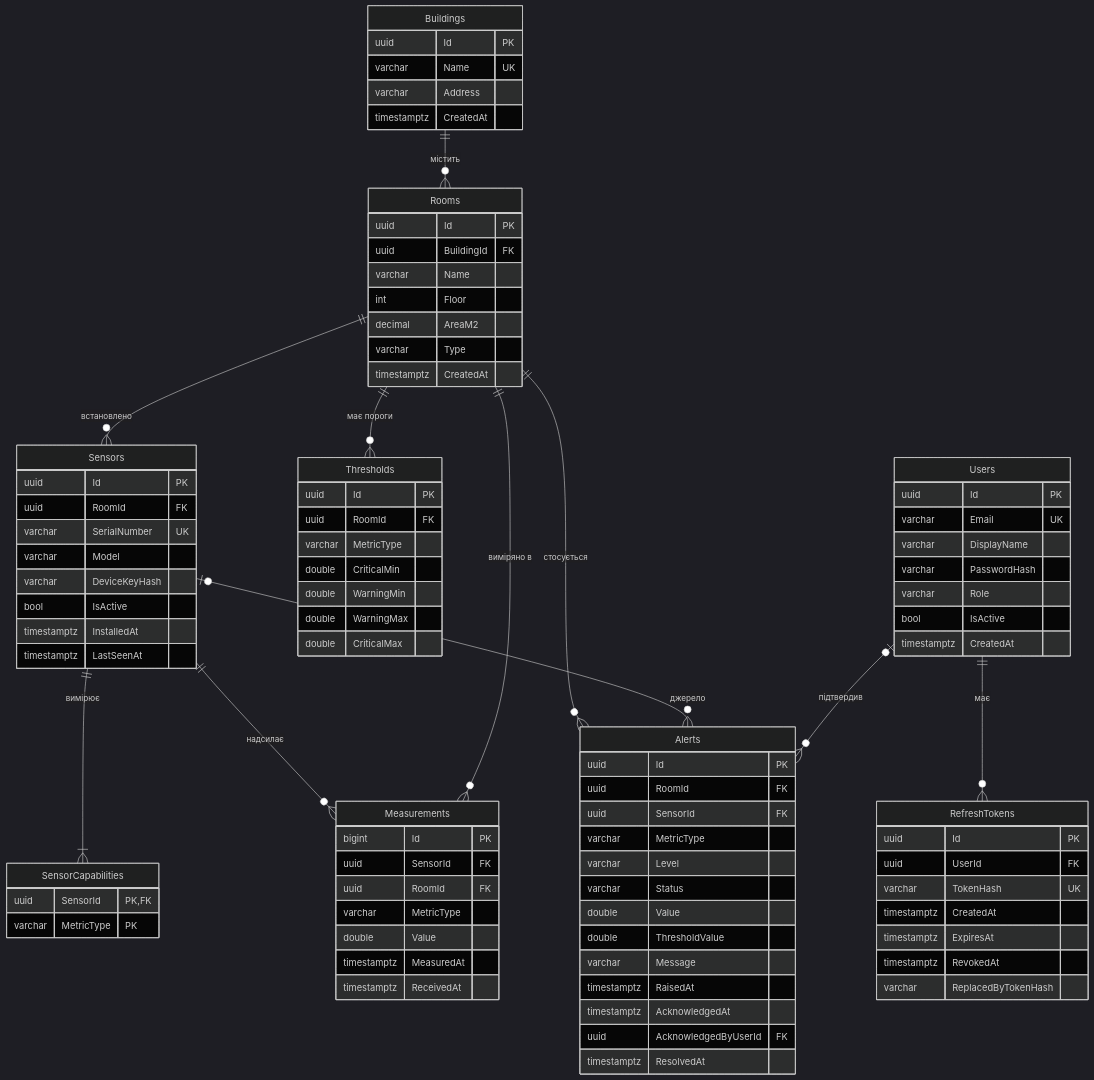
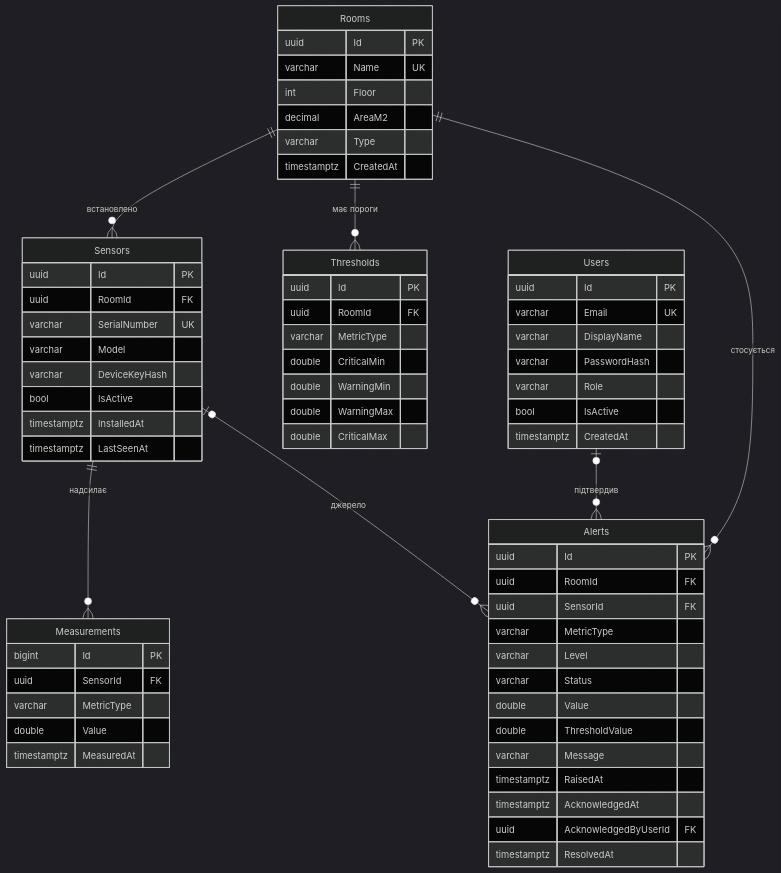
The diagram in docs/db-schema.md (katyadn/mppSTEM), drawn with Mermaid (dark theme) before and after one commit. The commit also changed other lines of this file, not shown here.

Commit message:
docs: revise database schema (#15)

````diff
--- a/docs/db-schema.md
+++ b/docs/db-schema.md
@@ -23,26 +21,15 @@
 ```mermaid
 erDiagram
-    Buildings ||--o{ Rooms : "містить"
     Rooms ||--o{ Sensors : "встановлено"
-    Sensors ||--|{ SensorCapabilities : "вимірює"
     Sensors ||--o{ Measurements : "надсилає"
-    Rooms ||--o{ Measurements : "виміряно в"
     Rooms ||--o{ Thresholds : "має пороги"
     Rooms ||--o{ Alerts : "стосується"
     Sensors |o--o{ Alerts : "джерело"
     Users |o--o{ Alerts : "підтвердив"
-    Users ||--o{ RefreshTokens : "має"
 
-    Buildings {
+    Rooms {
         uuid Id PK
         varchar Name UK
-        varchar Address
-        timestamptz CreatedAt
-    }
-    Rooms {
-        uuid Id PK
-        uuid BuildingId FK
-        varchar Name
         int Floor
         decimal AreaM2
         varchar Type
@@ -58,18 +45,12 @@
         timestamptz InstalledAt
         timestamptz LastSeenAt
     }
-    SensorCapabilities {
-        uuid SensorId PK, FK
-        varchar MetricType PK
-    }
     Measurements {
         bigint Id PK
         uuid SensorId FK
-        uuid RoomId FK
         varchar MetricType
         double Value
         timestamptz MeasuredAt
-        timestamptz ReceivedAt
     }
     Thresholds {
         uuid Id PK
@@ -104,13 +85,4 @@
         bool IsActive
         timestamptz CreatedAt
     }
-    RefreshTokens {
-        uuid Id PK
-        uuid UserId FK
-        varchar TokenHash UK
-        timestamptz CreatedAt
-        timestamptz ExpiresAt
-        timestamptz RevokedAt
-        varchar ReplacedByTokenHash
-    }
 ```
````
